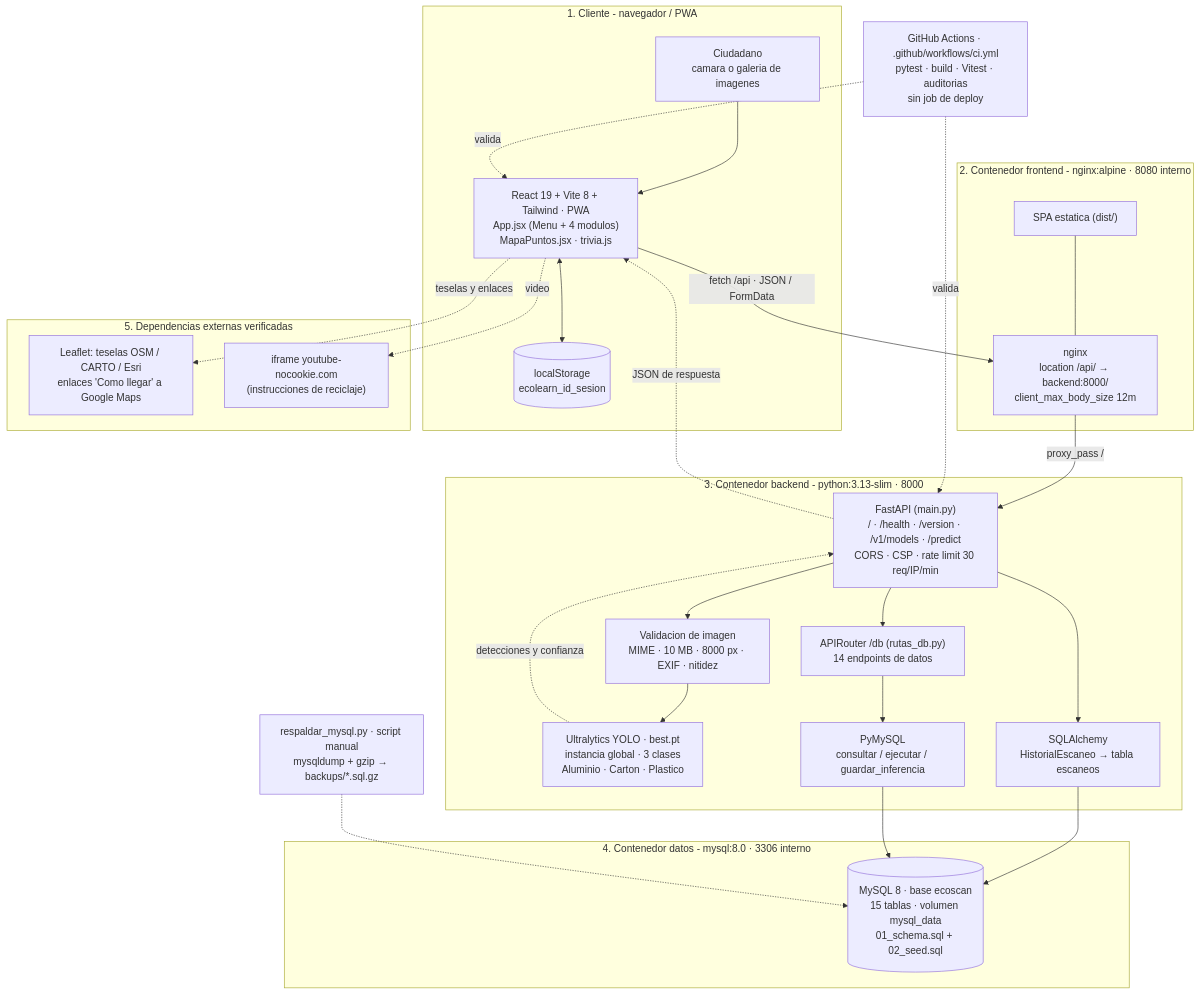
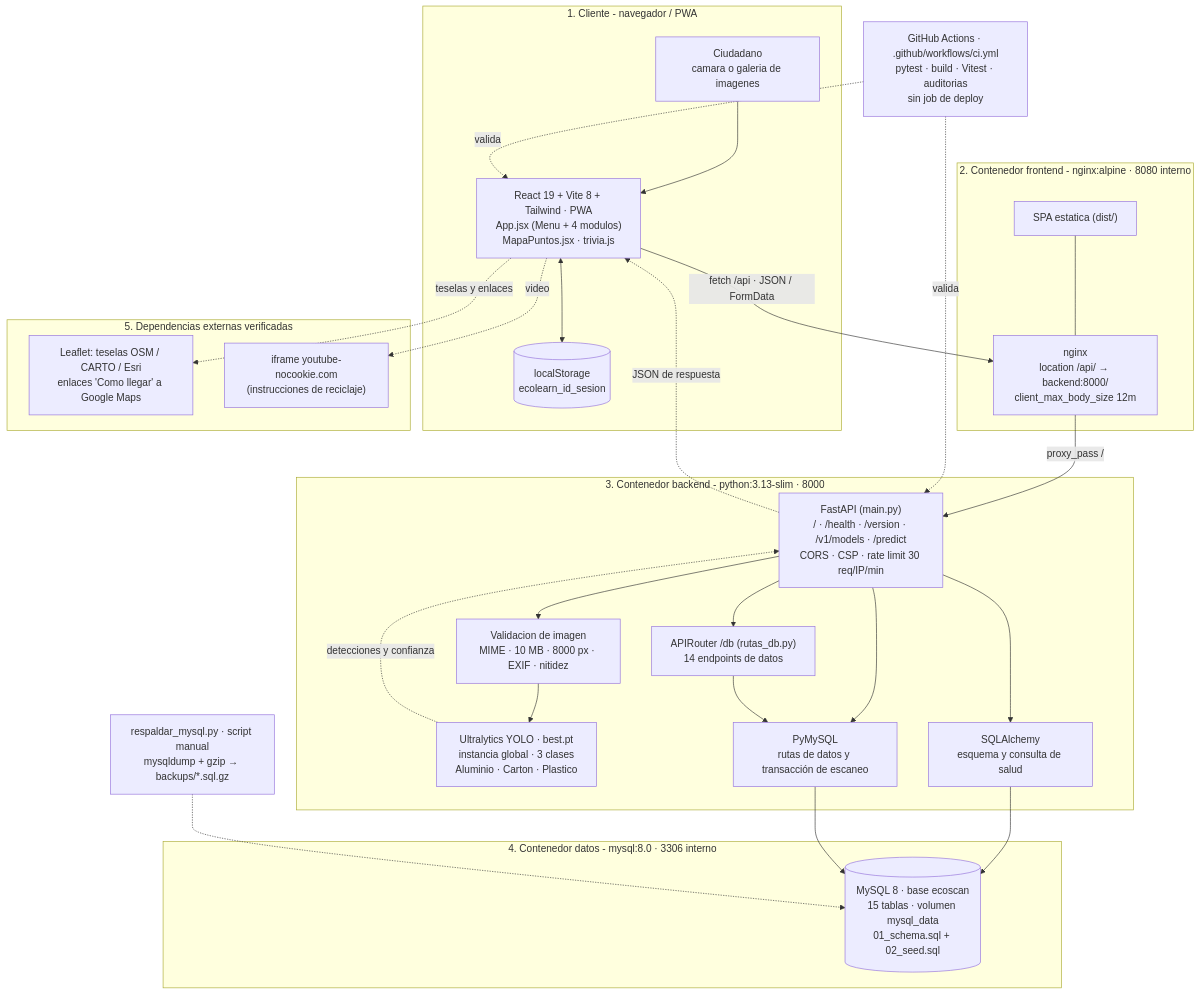
One commit to WiChanillao/Capstone_007 changed the first of 2 diagrams in Fase 3/docs/ARQUITECTURA.md. Above: the diagram before and after it, drawn with Mermaid. The commit also changed other lines of this file and 18 other files, not shown here.

````diff
--- a/Fase 3/docs/ARQUITECTURA.md
+++ b/Fase 3/docs/ARQUITECTURA.md
@@ -17,53 +17,54 @@
 ```mermaid
 flowchart TB
     subgraph CLIENTE["1. Cliente - navegador / PWA"]
         USUARIO["Ciudadano<br/>camara o galeria de imagenes"]
         SPA["React 19 + Vite 8 + Tailwind · PWA<br/>App.jsx (Menu + 4 modulos)<br/>MapaPuntos.jsx · trivia.js"]
         SESION[("localStorage<br/>ecolearn_id_sesion")]
         USUARIO --> SPA
         SPA <--> SESION
     end
 
     subgraph FRONTEND["2. Contenedor frontend - nginx:alpine · 8080 interno"]
         NGINX["nginx<br/>location /api/ → backend:8000/<br/>client_max_body_size 12m"]
         ESTATICO["SPA estatica (dist/)"]
         ESTATICO --- NGINX
     end
 
     subgraph BACKEND["3. Contenedor backend - python:3.13-slim · 8000"]
         API["FastAPI (main.py)<br/>/ · /health · /version · /v1/models · /predict<br/>CORS · CSP · rate limit 30 req/IP/min"]
         RUTAS["APIRouter /db (rutas_db.py)<br/>14 endpoints de datos"]
         IMAGEN["Validacion de imagen<br/>MIME · 10 MB · 8000 px · EXIF · nitidez"]
         MODELO["Ultralytics YOLO · best.pt<br/>instancia global · 3 clases<br/>Aluminio · Carton · Plastico"]
-        ORM["SQLAlchemy<br/>HistorialEscaneo → tabla escaneos"]
-        PYMYSQL["PyMySQL<br/>consultar / ejecutar / guardar_inferencia"]
+        ORM["SQLAlchemy<br/>esquema y consulta de salud"]
+        PYMYSQL["PyMySQL<br/>rutas de datos y transacción de escaneo"]
         API --> IMAGEN --> MODELO
         API --> ORM
+        API --> PYMYSQL
         API --> RUTAS --> PYMYSQL
     end
 
     subgraph DATOS["4. Contenedor datos - mysql:8.0 · 3306 interno"]
         MYSQL[("MySQL 8 · base ecoscan<br/>15 tablas · volumen mysql_data<br/>01_schema.sql + 02_seed.sql")]
     end
 
     subgraph EXTERNOS["5. Dependencias externas verificadas"]
         MAPAS["Leaflet: teselas OSM / CARTO / Esri<br/>enlaces 'Como llegar' a Google Maps"]
         VIDEOS["iframe youtube-nocookie.com<br/>(instrucciones de reciclaje)"]
     end
 
     SPA -->|"fetch /api · JSON / FormData"| NGINX
     NGINX -->|"proxy_pass /"| API
     SPA -.->|"teselas y enlaces"| MAPAS
     SPA -.->|"video"| VIDEOS
     ORM --> MYSQL
     PYMYSQL --> MYSQL
     MODELO -.->|"detecciones y confianza"| API
     API -.->|"JSON de respuesta"| SPA
 
     CI["GitHub Actions · .github/workflows/ci.yml<br/>pytest · build · Vitest · auditorias<br/>sin job de deploy"]
     CI -.->|"valida"| API
     CI -.->|"valida"| SPA
 
     BACKUP["respaldar_mysql.py · script manual<br/>mysqldump + gzip → backups/*.sql.gz"]
     BACKUP -.-> MYSQL
 ```
````
